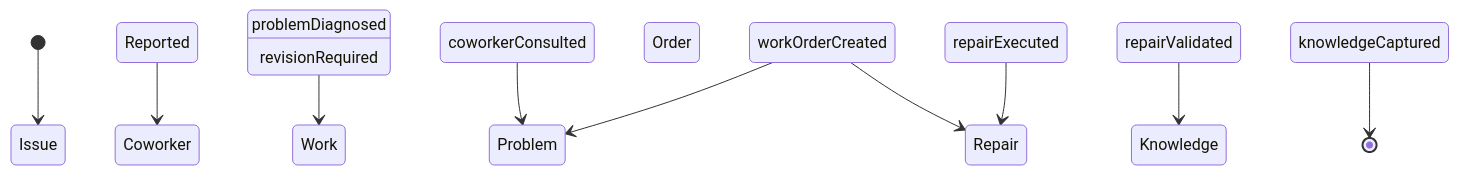
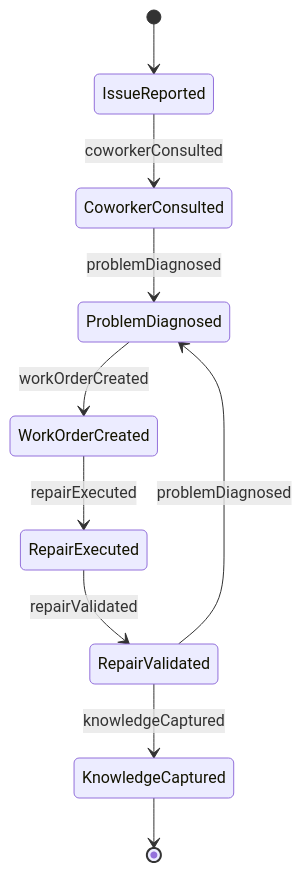
One commit to dot-org-ai/tasks.org.ai changed the second of 4 diagrams in CommunicatingWithSupervisorsPeersOrSubordinates/CoordinateWithOthersToResolveProblems/ConferCoworkersResolveEquipmentProblems.mdx. Above: the diagram before and after it, drawn with Mermaid. The commit also changed other lines of this file and 515 other files, not shown here.

````diff
--- a/CommunicatingWithSupervisorsPeersOrSubordinates/CoordinateWithOthersToResolveProblems/ConferCoworkersResolveEquipmentProblems.mdx
+++ b/CommunicatingWithSupervisorsPeersOrSubordinates/CoordinateWithOthersToResolveProblems/ConferCoworkersResolveEquipmentProblems.mdx
@@ -99,12 +99,12 @@
 ```mermaid
 stateDiagram-v2
-    [*] --> Issue Reported
-    Issue Reported --> Coworker Consulted : coworkerConsulted
-    Coworker Consulted --> Problem Diagnosed : problemDiagnosed
-    Problem Diagnosed --> Work Order Created : workOrderCreated
-    Work Order Created --> Repair Executed : repairExecuted
-    Repair Executed --> Repair Validated : repairValidated
-    Repair Validated --> Knowledge Captured : knowledgeCaptured
-    Work Order Created --> Problem Diagnosed : revisionRequired
-    Knowledge Captured --> [*]
+    [*] --> IssueReported
+    IssueReported --> CoworkerConsulted : coworkerConsulted
+    CoworkerConsulted --> ProblemDiagnosed : problemDiagnosed
+    ProblemDiagnosed --> WorkOrderCreated : workOrderCreated
+    WorkOrderCreated --> RepairExecuted : repairExecuted
+    RepairExecuted --> RepairValidated : repairValidated
+    RepairValidated --> KnowledgeCaptured : knowledgeCaptured
+    RepairValidated --> ProblemDiagnosed : problemDiagnosed
+    KnowledgeCaptured --> [*]
 ```
````
